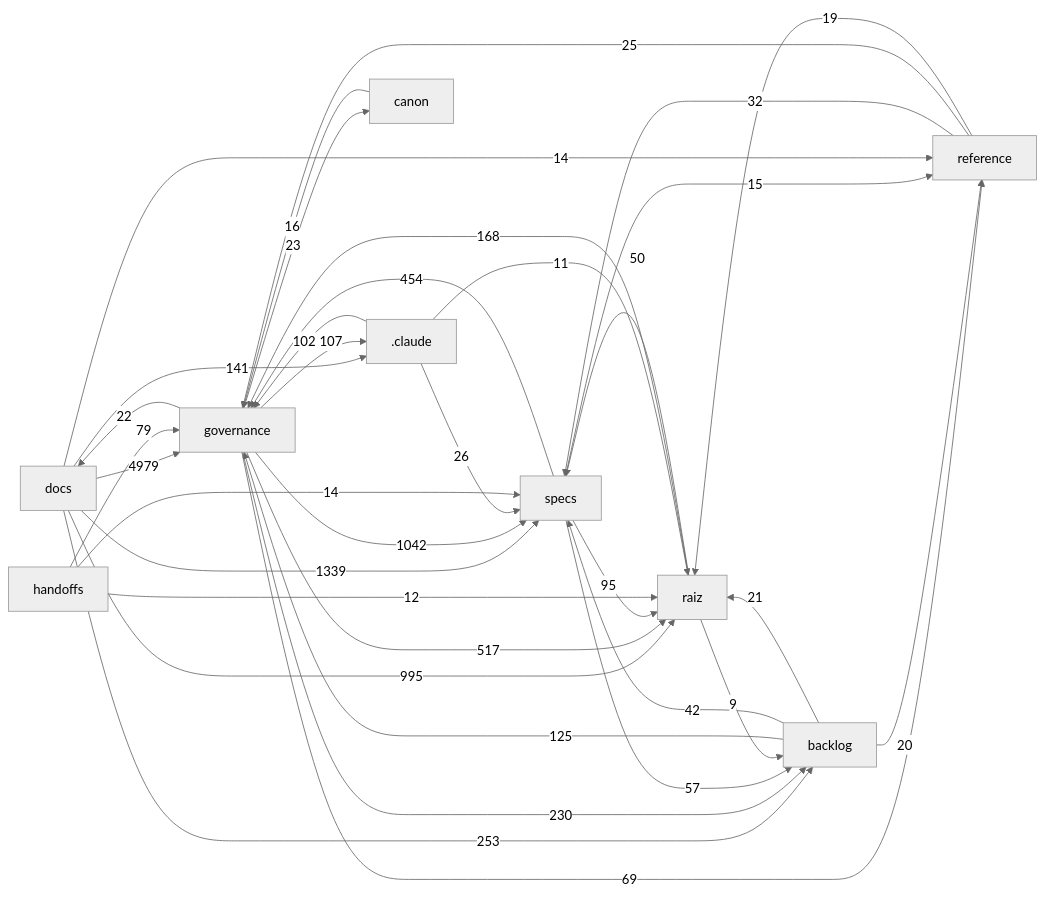
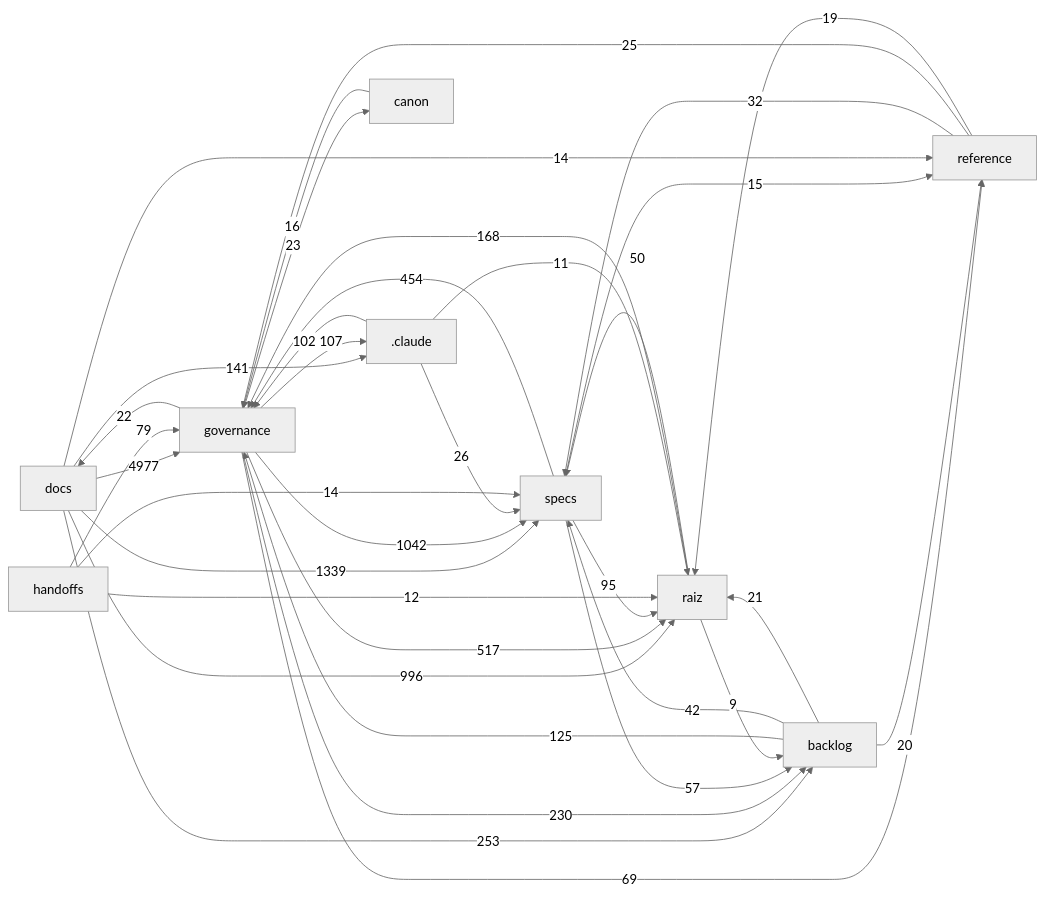
Before and after one commit to Andraus35/Sistema-Operacional-de-Trading--SOT: the diagram in docs/mapa/MAPA-PROJETO.md, drawn with Mermaid (neutral theme). The commit also changed other lines of this file and 2 other files, not shown here.

````diff
--- a/docs/mapa/MAPA-PROJETO.md
+++ b/docs/mapa/MAPA-PROJETO.md
@@ -30,37 +30,37 @@
 ```mermaid
 flowchart LR
-  docs["docs"] -->|4979| governance["governance"]
+  docs["docs"] -->|4977| governance["governance"]
   docs["docs"] -->|1339| specs["specs"]
   governance["governance"] -->|1042| specs["specs"]
-  docs["docs"] -->|995| raiz["raiz"]
+  docs["docs"] -->|996| raiz["raiz"]
   governance["governance"] -->|517| raiz["raiz"]
   specs["specs"] -->|454| governance["governance"]
   docs["docs"] -->|253| backlog["backlog"]
   governance["governance"] -->|230| backlog["backlog"]
   raiz["raiz"] -->|168| governance["governance"]
   docs["docs"] -->|141| _claude[".claude"]
   backlog["backlog"] -->|125| governance["governance"]
   governance["governance"] -->|107| _claude[".claude"]
   _claude[".claude"] -->|102| governance["governance"]
   specs["specs"] -->|95| raiz["raiz"]
   handoffs["handoffs"] -->|79| governance["governance"]
   governance["governance"] -->|69| reference["reference"]
   specs["specs"] -->|57| backlog["backlog"]
   raiz["raiz"] -->|50| specs["specs"]
   backlog["backlog"] -->|42| specs["specs"]
   reference["reference"] -->|32| specs["specs"]
   _claude[".claude"] -->|26| specs["specs"]
   reference["reference"] -->|25| governance["governance"]
   governance["governance"] -->|23| canon["canon"]
   governance["governance"] -->|22| docs["docs"]
   backlog["backlog"] -->|21| raiz["raiz"]
   backlog["backlog"] -->|20| reference["reference"]
   reference["reference"] -->|19| raiz["raiz"]
   canon["canon"] -->|16| governance["governance"]
   specs["specs"] -->|15| reference["reference"]
   docs["docs"] -->|14| reference["reference"]
   handoffs["handoffs"] -->|14| specs["specs"]
   handoffs["handoffs"] -->|12| raiz["raiz"]
   _claude[".claude"] -->|11| raiz["raiz"]
   raiz["raiz"] -->|9| backlog["backlog"]
 ```
````
